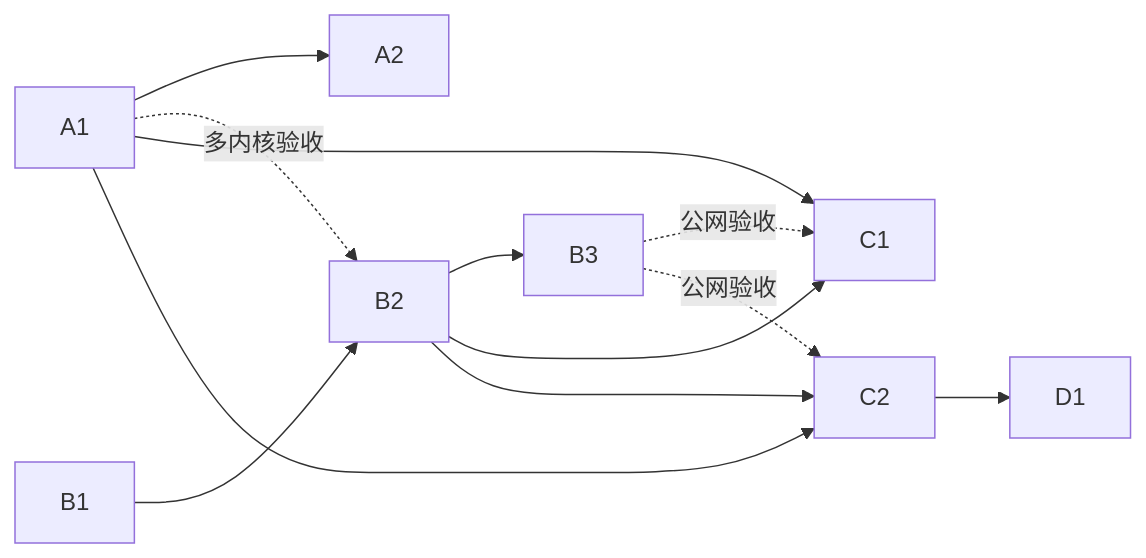
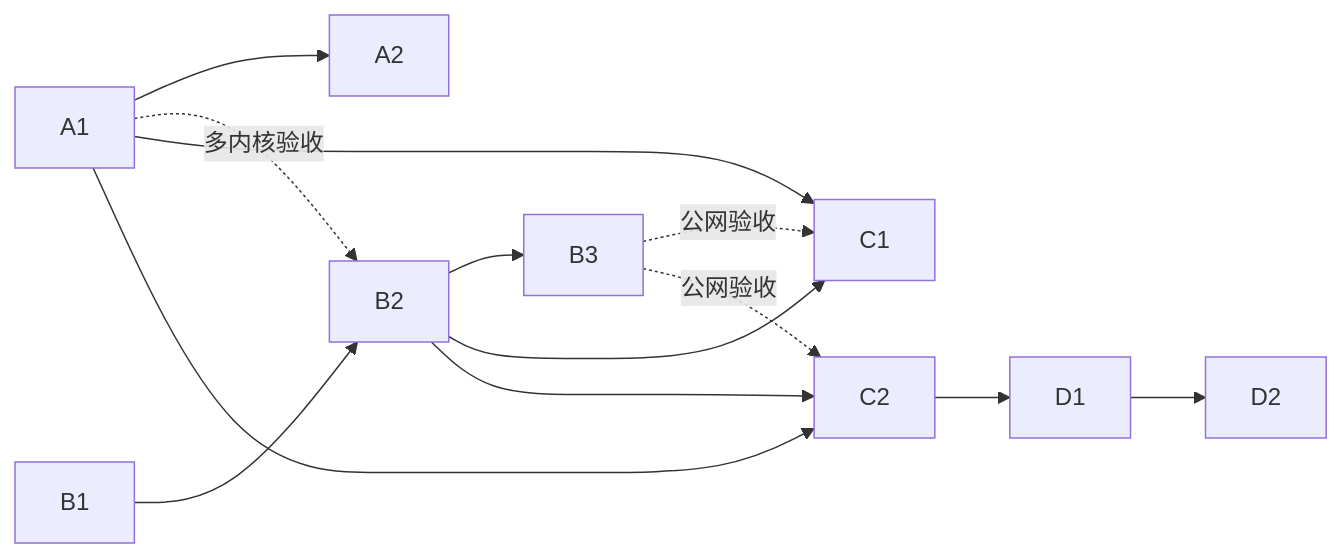
The second of 2 diagrams in ARCHITECTURE_PLAN.md (alphagauss/wingmate), drawn with Mermaid before and after one commit. The commit also changed other lines of this file, not shown here.

````diff
--- a/ARCHITECTURE_PLAN.md
+++ b/ARCHITECTURE_PLAN.md
@@ -163,13 +164,14 @@
 ```mermaid
 flowchart LR
     A1 --> A2
     B1 --> B2 --> B3
     A1 -. 多内核验收 .-> B2
     A1 --> C1
     A1 --> C2
     B2 --> C1
     B2 --> C2
     B3 -. 公网验收 .-> C1
     B3 -. 公网验收 .-> C2
     C2 --> D1
+    D1 --> D2
 ```
````
